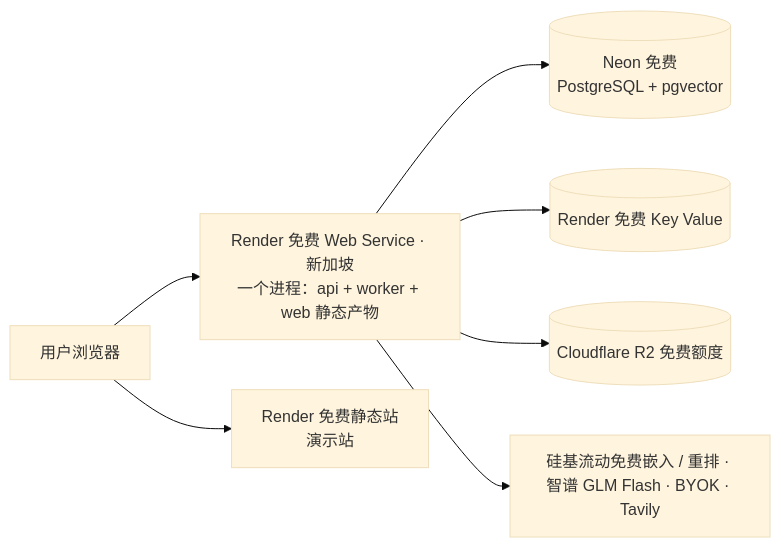
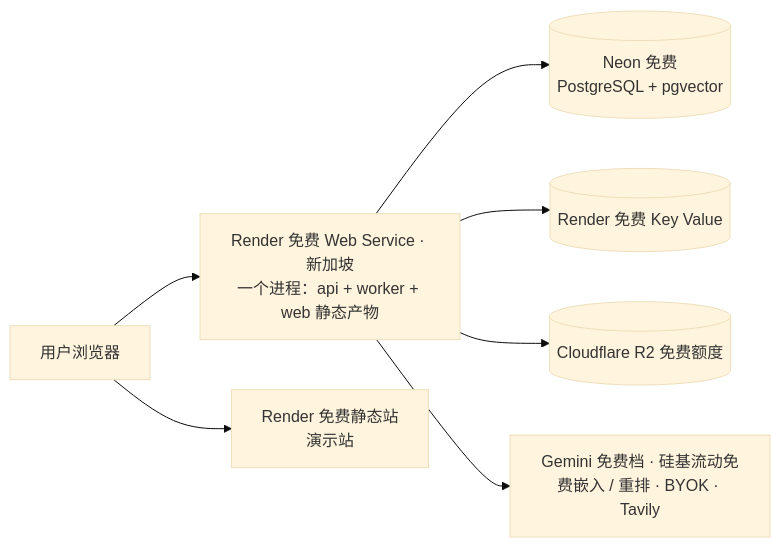
One commit to NNNoxin/mingxi_6.1 changed the second of 2 diagrams in docs/02-目标架构.md. Above: the diagram before and after it, drawn with Mermaid (base theme). The commit also changed other lines of this file and 4 other files, not shown here.

````diff
--- a/docs/02-目标架构.md
+++ b/docs/02-目标架构.md
@@ -409,9 +434,9 @@
 ```mermaid
 flowchart LR
   U[用户浏览器] --> R1[Render 免费 Web Service · 新加坡<br/>一个进程：api + worker + web 静态产物]
   U --> R2S[Render 免费静态站<br/>演示站]
   R1 --> NEON[(Neon 免费<br/>PostgreSQL + pgvector)]
   R1 --> KV[(Render 免费 Key Value)]
   R1 --> R2[(Cloudflare R2 免费额度)]
-  R1 --> MODELS[硅基流动免费嵌入 / 重排 · 智谱 GLM Flash · BYOK · Tavily]
+  R1 --> MODELS[Gemini 免费档 · 硅基流动免费嵌入 / 重排 · BYOK · Tavily]
 ```
````
